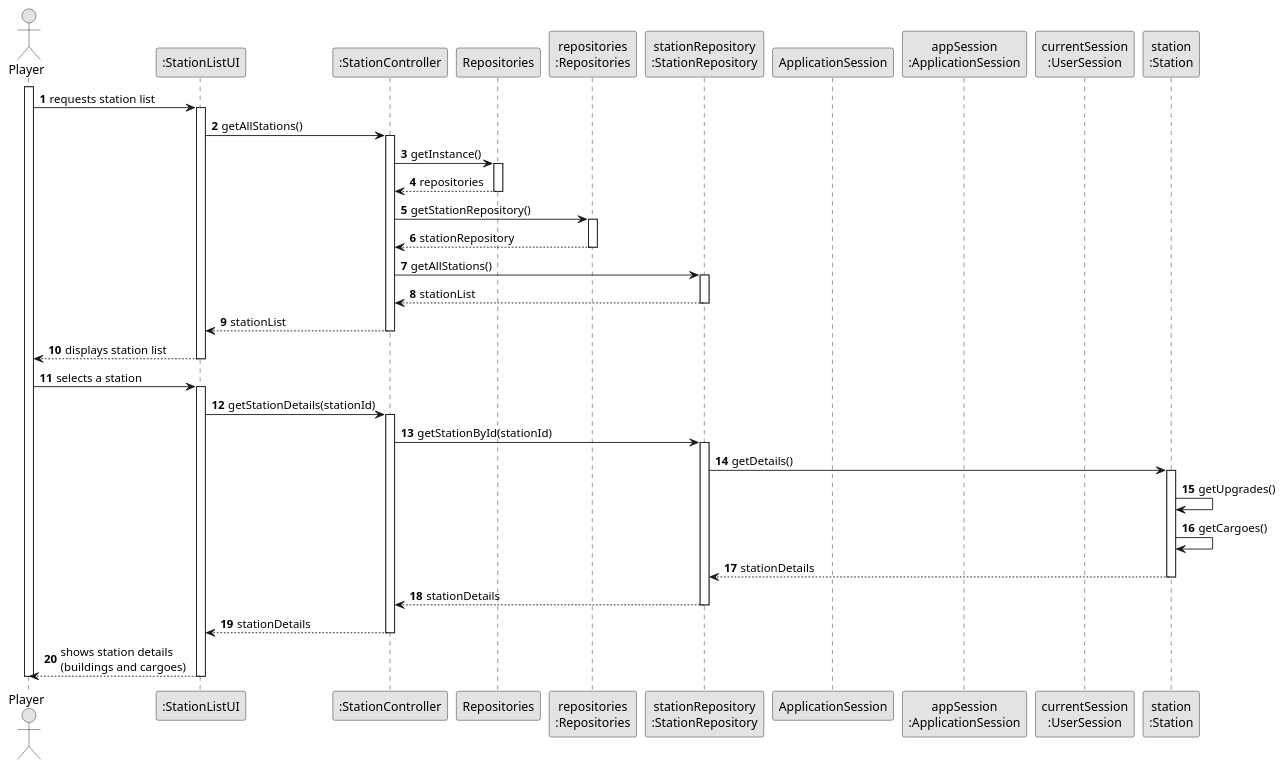
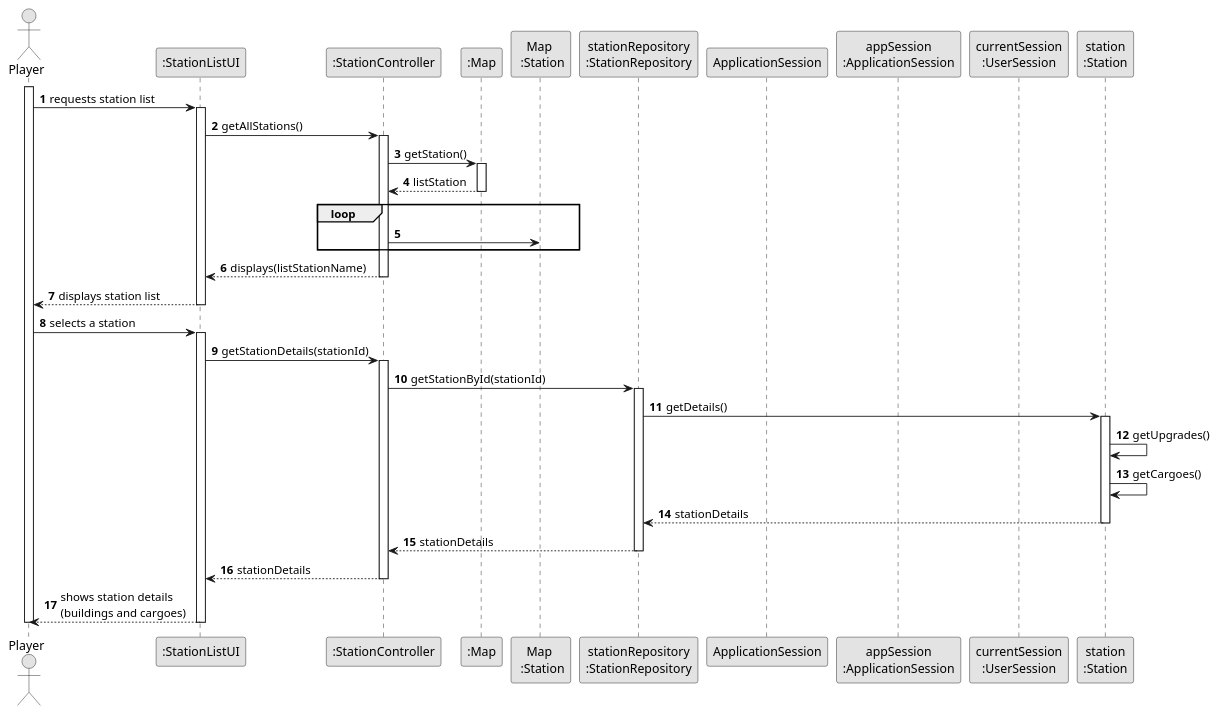
The diagram in docs/system-documentation/US007/03.design/puml/US007-SD-full.puml (1240826/empire-on-tracks), drawn with PlantUML before and after one commit. The commit also changed 2 other files, not shown here.

```diff
--- a/docs/system-documentation/US007/03.design/puml/US007-SD-full.puml
+++ b/docs/system-documentation/US007/03.design/puml/US007-SD-full.puml
@@ -1,68 +1,65 @@
 @startuml
 skinparam monochrome true
 skinparam packageStyle rectangle
 skinparam shadowing false
 
 autonumber
 
 actor "Player" as PLAYER
 participant ":StationListUI" as UI
 participant ":StationController" as CTRL
-participant "Repositories" as REPOS
-participant "repositories\n:Repositories" as REPOS_SINGLETON
+participant ":Map" as REPOS
+participant "Map \n :Station" as REPOS_SINGLETON
 participant "stationRepository\n:StationRepository" as STATION_REPO
 participant "ApplicationSession" as APP_SESSION
 participant "appSession\n:ApplicationSession" as APP_SESSION_SINGLETON
 participant "currentSession\n:UserSession" as CURRENT_SESSION
 participant "station\n:Station" as STATION
 
 activate PLAYER
 
         PLAYER -> UI : requests station list
         activate UI
             UI -> CTRL : getAllStations()
             activate CTRL
-                CTRL -> REPOS : getInstance()
+                CTRL -> REPOS : getStation()
                 activate REPOS
-                    REPOS --> CTRL: repositories
+                    REPOS --> CTRL: listStation
                 deactivate REPOS
+                loop
+                CTRL->REPOS_SINGLETON:
+                end
 
-                CTRL -> REPOS_SINGLETON : getStationRepository()
-                activate REPOS_SINGLETON
-                    REPOS_SINGLETON --> CTRL: stationRepository
-                deactivate REPOS_SINGLETON
 
-                CTRL -> STATION_REPO : getAllStations()
-                activate STATION_REPO
-                    STATION_REPO --> CTRL : stationList
-                deactivate STATION_REPO
 
-                CTRL --> UI : stationList
+
+
+                CTRL --> UI : displays(listStationName)
             deactivate CTRL
 
             UI --> PLAYER : displays station list
         deactivate UI
 
     PLAYER -> UI : selects a station
     activate UI
         UI -> CTRL : getStationDetails(stationId)
         activate CTRL
             CTRL -> STATION_REPO : getStationById(stationId)
             activate STATION_REPO
                 STATION_REPO -> STATION : getDetails()
                 activate STATION
                     STATION -> STATION : getUpgrades()
                     STATION -> STATION : getCargoes()
                     STATION --> STATION_REPO : stationDetails
                 deactivate STATION
                 STATION_REPO --> CTRL : stationDetails
             deactivate STATION_REPO
 
             CTRL --> UI : stationDetails
         deactivate CTRL
 
         UI --> PLAYER : shows station details\n(buildings and cargoes)
     deactivate UI
 
 deactivate PLAYER
 @enduml
```
